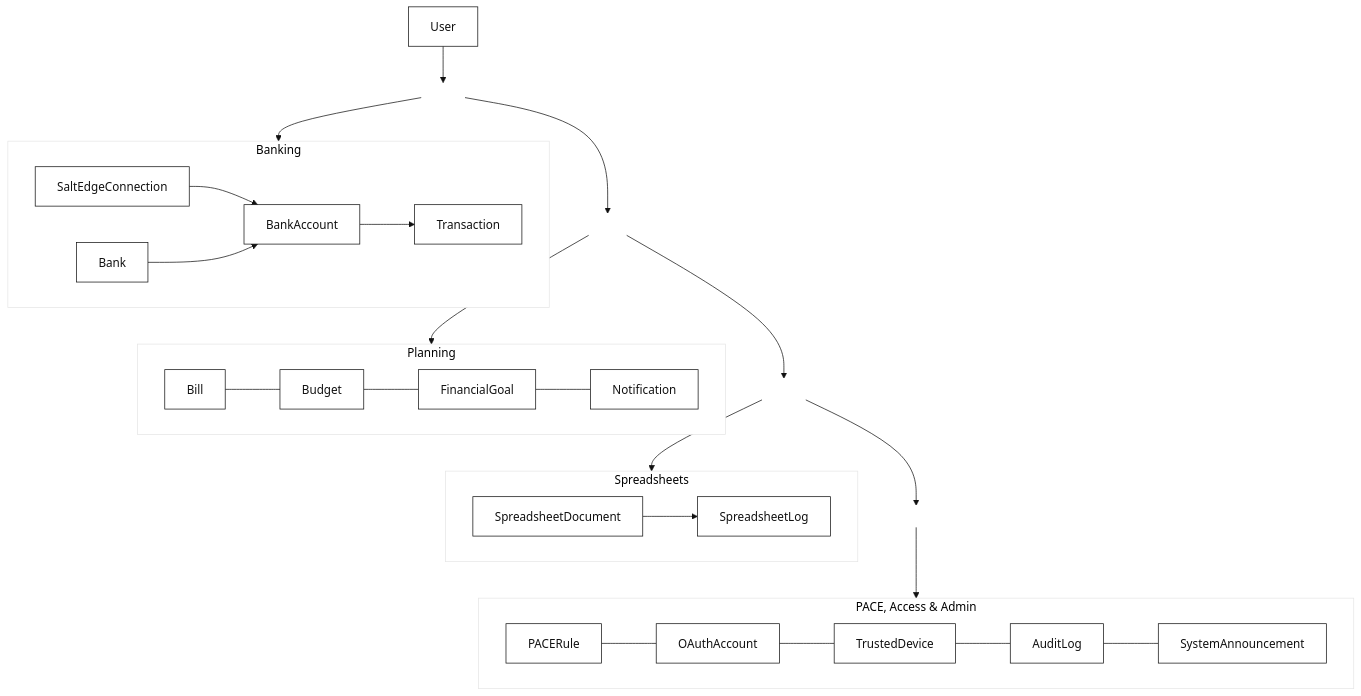
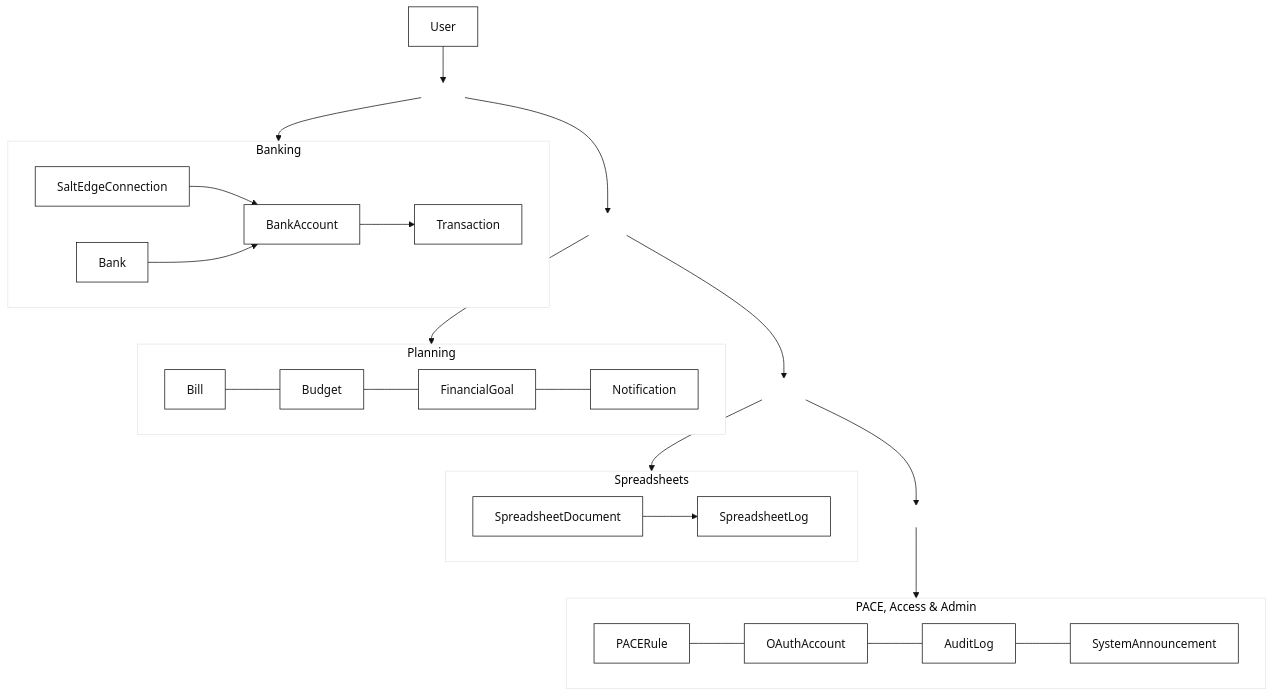
The diagram in docs/Database Schema.md (imgaty/SwiftSync), drawn with Mermaid before and after one commit. The commit also changed other lines of this file and 242 other files, not shown here.

````diff
--- a/docs/Database Schema.md
+++ b/docs/Database Schema.md
@@ -48,53 +48,53 @@
 ```mermaid
 %%{init: {'theme': 'base', 'themeVariables': {
   'primaryColor': '#ffffff',
   'primaryTextColor': '#111111',
   'primaryBorderColor': '#111111',
   'lineColor': '#111111',
   'secondaryColor': '#f5f5f5',
   'tertiaryColor': '#ffffff'
 }}}%%
 flowchart TB
     U[User]
     J0[ ]
     J1[ ]
     J2[ ]
     J3[ ]
 
     U --> J0
     J0 --> J1
     J1 --> J2
     J2 --> J3
 
     J0 --> BANKING
     J1 --> PLANNING
     J2 --> SHEETS
     J3 --> PLATFORM
 
     subgraph BANKING [Banking]
         direction LR
         SEC[SaltEdgeConnection] --> BA[BankAccount]
         BK[Bank] --> BA
         BA --> TX[Transaction]
     end
 
     subgraph PLANNING [Planning]
         direction LR
         BI[Bill] --- BU[Budget] --- FG[FinancialGoal] --- NO[Notification]
     end
 
     subgraph SHEETS [Spreadsheets]
         direction LR
         SD[SpreadsheetDocument] --> SL[SpreadsheetLog]
     end
 
     subgraph PLATFORM [PACE, Access & Admin]
         direction LR
-        PR[PACERule] --- OA[OAuthAccount] --- TD[TrustedDevice] --- AL[AuditLog] --- SA[SystemAnnouncement]
+        PR[PACERule] --- OA[OAuthAccount] --- AL[AuditLog] --- SA[SystemAnnouncement]
     end
 
     classDef mono fill:#ffffff,stroke:#111111,color:#111111,stroke-width:1px;
     classDef ghost fill:transparent,stroke:transparent,color:transparent;
-    class U,SEC,BA,BK,TX,BI,BU,FG,NO,SD,SL,PR,OA,TD,AL,SA mono;
+    class U,SEC,BA,BK,TX,BI,BU,FG,NO,SD,SL,PR,OA,AL,SA mono;
     class J0,J1,J2,J3 ghost;
 ```
````
